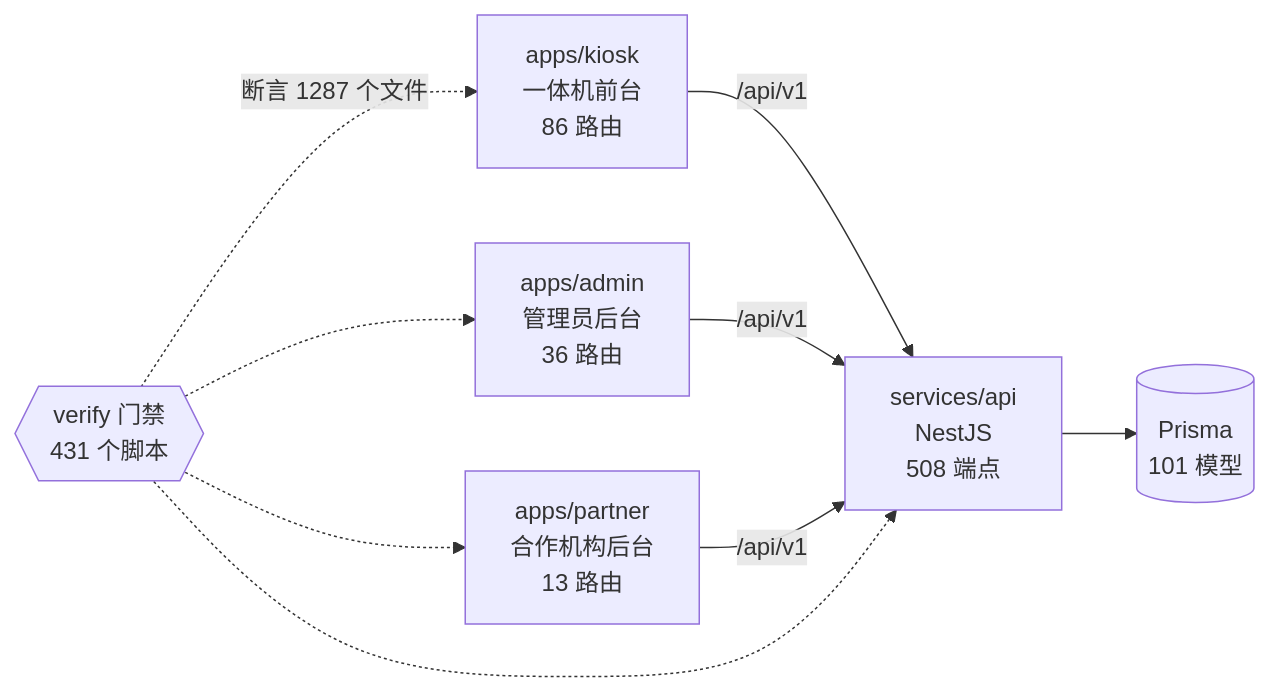
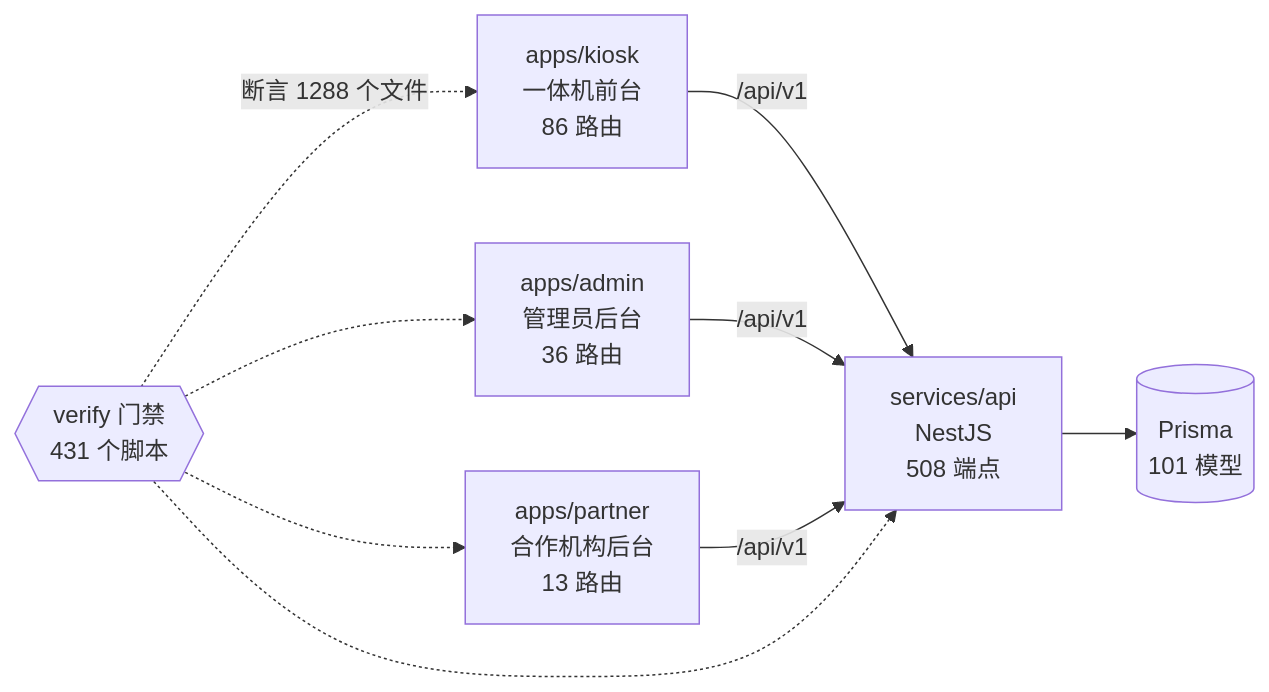
The diagram in docs/graph/README.md (wanglei581/YITIJI), drawn with Mermaid before and after one commit. The commit also changed other lines of this file and 2 other files, not shown here.

Commit message:
chore(graph): rebase 后重跑图谱

````diff
--- a/docs/graph/README.md
+++ b/docs/graph/README.md
@@ -68,18 +68,18 @@
 ```mermaid
 flowchart LR
   kiosk["apps/kiosk<br/>一体机前台<br/>86 路由"]
   admin["apps/admin<br/>管理员后台<br/>36 路由"]
   partner["apps/partner<br/>合作机构后台<br/>13 路由"]
   api["services/api<br/>NestJS<br/>508 端点"]
   db[("Prisma<br/>101 模型")]
   gates{{"verify 门禁<br/>431 个脚本"}}
 
   kiosk -->|"/api/v1"| api
   admin -->|"/api/v1"| api
   partner -->|"/api/v1"| api
   api --> db
-  gates -.->|"断言 1287 个文件"| kiosk
+  gates -.->|"断言 1288 个文件"| kiosk
   gates -.-> admin
   gates -.-> partner
   gates -.-> api
 ```
````
